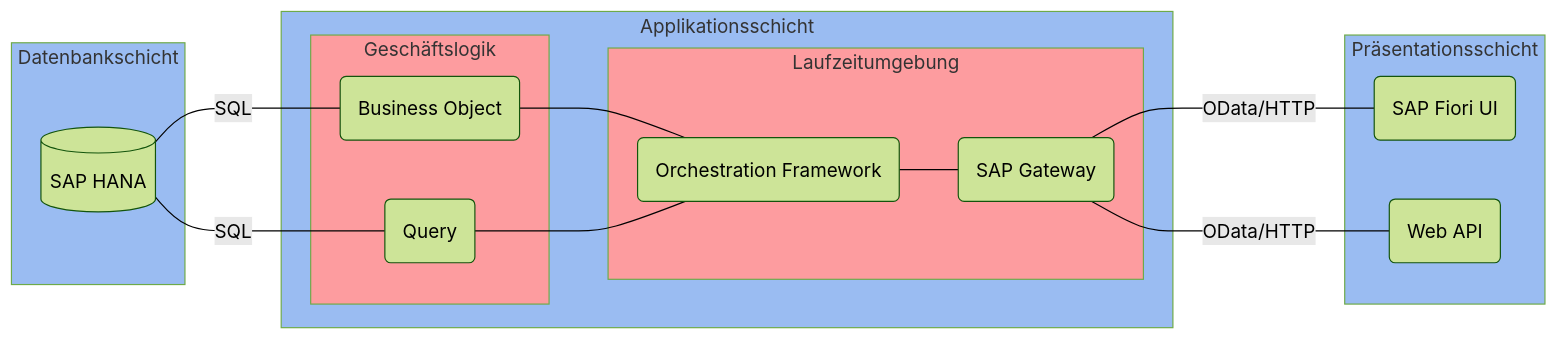
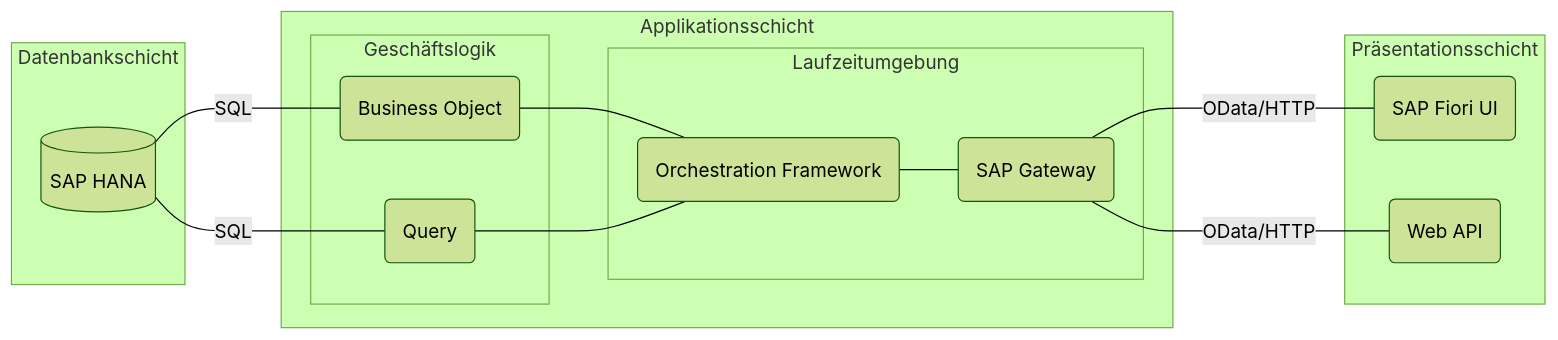
Before and after one commit to appenmaier/s4hana: the first of 2 diagrams in docs/documentation/introduction.md, drawn with Mermaid (forest theme). The commit also changed other lines of this file and 35 other files, not shown here.

````diff
--- a/docs/documentation/introduction.md
+++ b/docs/documentation/introduction.md
@@ -21,36 +21,27 @@
 ```mermaid
 flowchart RL
-    bo --SQL--- saphana
-    query --SQL--- saphana
-    orchestrationframework --- bo
-    orchestrationframework --- query
-    sapgateway --- orchestrationframework
-    sapfioriui --OData/HTTP--- sapgateway
-    webapi --OData/HTTP --- sapgateway
-
-    subgraph Datenbankschicht
-        saphana[(SAP HANA)]
-    end
-
-    subgraph Applikationsschicht
-        subgraph Geschäftslogik
-            bo(Business Object)
-            query(Query)
-        end
-        subgraph Laufzeitumgebung
-            sapgateway(SAP Gateway)
-            orchestrationframework(Orchestration Framework)
-        end
-    end
-
-    subgraph Präsentationsschicht
-        sapfioriui(SAP Fiori UI)
-        webapi(Web API)
-    end
-
-    style Datenbankschicht fill:#9abcf2
-    style Applikationsschicht fill:#9abcf2
-    style Präsentationsschicht fill:#9abcf2
-    style Geschäftslogik fill:#fd9c9f
-    style Laufzeitumgebung fill:#fd9c9f
+   bo --SQL--- saphana
+   query --SQL--- saphana
+   orchestrationframework --- bo
+   orchestrationframework --- query
+   sapgateway --- orchestrationframework
+   sapfioriui --OData/HTTP--- sapgateway
+   webapi --OData/HTTP --- sapgateway
+   subgraph Datenbankschicht
+      saphana[(SAP HANA)]
+   end
+   subgraph Applikationsschicht
+      subgraph Geschäftslogik
+         bo(Business Object)
+         query(Query)
+      end
+      subgraph Laufzeitumgebung
+         sapgateway(SAP Gateway)
+         orchestrationframework(Orchestration Framework)
+      end
+   end
+   subgraph Präsentationsschicht
+      sapfioriui(SAP Fiori UI)
+      webapi(Web API)
+   end
 ```
````
